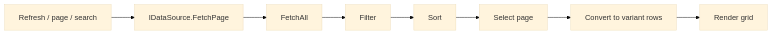
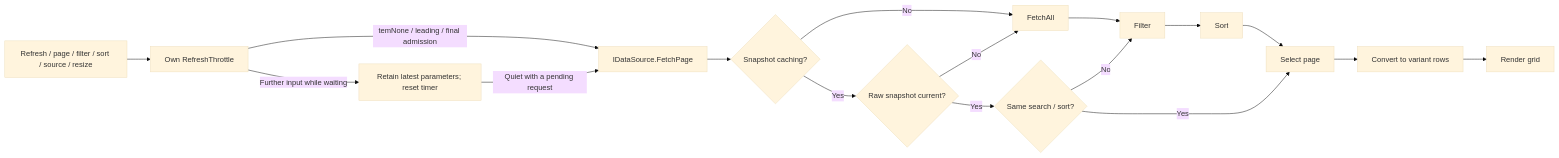
One commit to HermanSchoenfeld/PascalFramework changed the first of 3 diagrams in README.md. Above: the diagram before and after it, drawn with Mermaid (base theme). The commit also changed other lines of this file and 156 other files, not shown here.

````diff
--- a/README.md
+++ b/README.md
@@ -106,10 +136,19 @@
 ```mermaid
 flowchart LR
-    refresh["Refresh / page / search"] --> fetch["IDataSource.FetchPage"]
-    fetch --> rows["FetchAll"]
+    refresh["Refresh / page / filter / sort / source / resize"] --> admission["Own RefreshThrottle"]
+    admission -->|"temNone / leading / final admission"| fetch["IDataSource.FetchPage"]
+    admission -->|"Further input while waiting"| latest["Retain latest parameters; reset timer"]
+    latest -->|"Quiet with a pending request"| fetch
+    fetch --> enabled{"Snapshot caching?"}
+    enabled -->|No| rows["FetchAll"]
+    enabled -->|Yes| current{"Raw snapshot current?"}
+    current -->|No| rows
+    current -->|Yes| view{"Same search / sort?"}
+    view -->|No| filter["Filter"]
+    view -->|Yes| page["Select page"]
     rows --> filter["Filter"]
     filter --> sort["Sort"]
     sort --> page["Select page"]
     page --> bind["Convert to variant rows"]
     bind --> draw["Render grid"]
 ```
````
